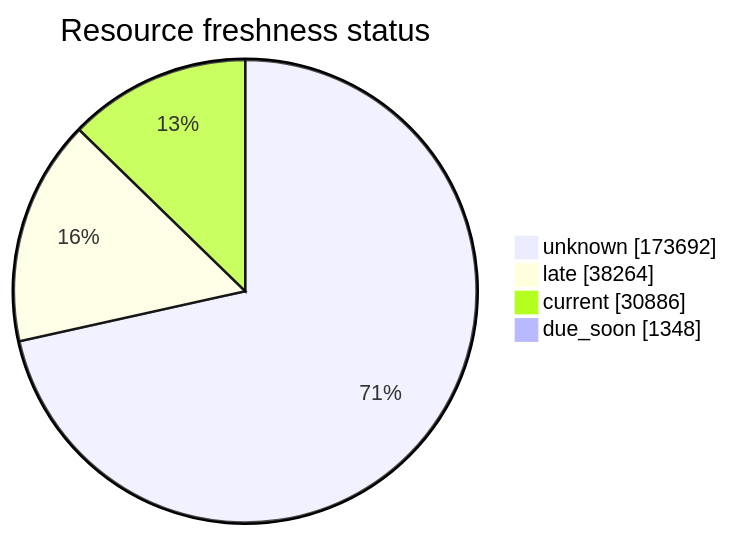
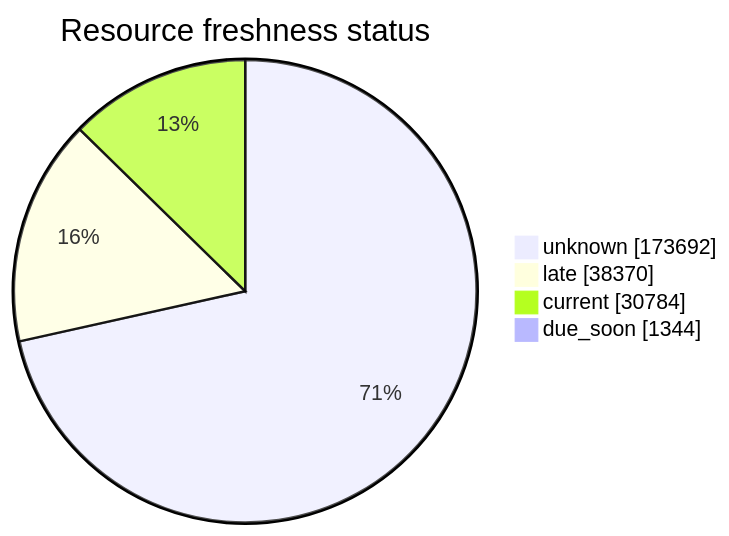
The third of 5 diagrams in FreshCheck/README.md (open-data/analytics-corporate-reporting), drawn with Mermaid before and after one commit. The commit also changed other lines of this file and 3 other files, not shown here.

````diff
--- a/FreshCheck/README.md
+++ b/FreshCheck/README.md
@@ -77,7 +77,7 @@
 ```mermaid
 pie showData title Resource freshness status
     "unknown": 173692
-    "late": 38264
-    "current": 30886
-    "due_soon": 1348
+    "late": 38370
+    "current": 30784
+    "due_soon": 1344
 ```
````
